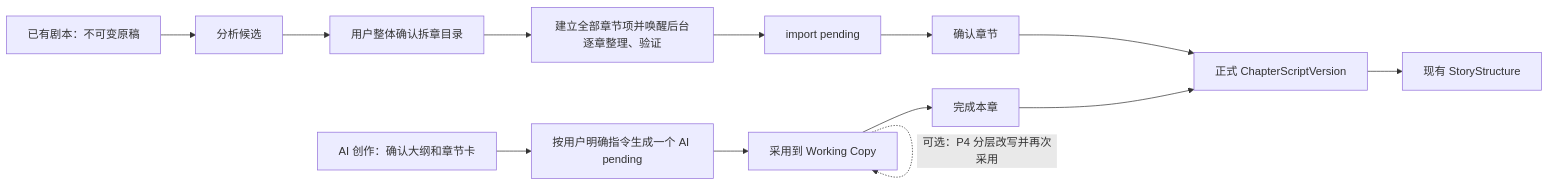
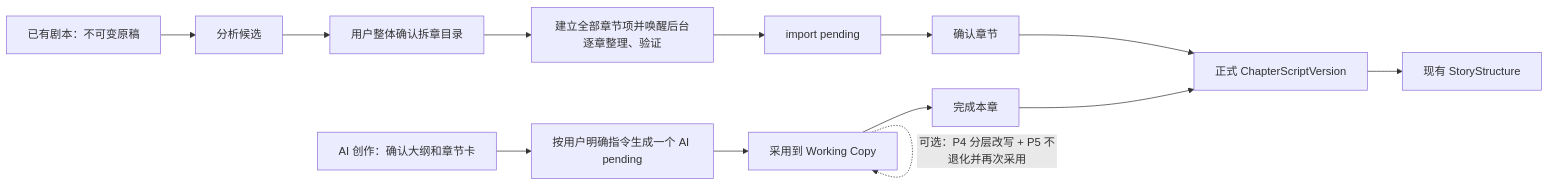
One commit to 569701501/AIRoaming changed the diagram in 文档/02_架构与契约/2026-07-16_双流程来源与状态契约.md. Above: the diagram before and after it, drawn with Mermaid. The commit also changed other lines of this file and 25 other files, not shown here.

````diff
--- a/文档/02_架构与契约/2026-07-16_双流程来源与状态契约.md
+++ b/文档/02_架构与契约/2026-07-16_双流程来源与状态契约.md
@@ -54,17 +55,17 @@
 ```mermaid
 flowchart LR
   A["AI 创作：确认大纲和章节卡"] --> B["按用户明确指令生成一个 AI pending"]
   B --> C["采用到 Working Copy"]
-  C -. "可选：P4 分层改写并再次采用" .-> C
+  C -. "可选：P4 分层改写 + P5 不退化并再次采用" .-> C
   C --> D["完成本章"]
   D --> E["正式 ChapterScriptVersion"]
 
   F["已有剧本：不可变原稿"] --> G["分析候选"]
   G --> H["用户整体确认拆章目录"]
   H --> I["建立全部章节项并唤醒后台逐章整理、验证"]
   I --> J["import pending"]
   J --> K["确认章节"]
   K --> E
 
   E --> L["现有 StoryStructure"]
 ```
````
